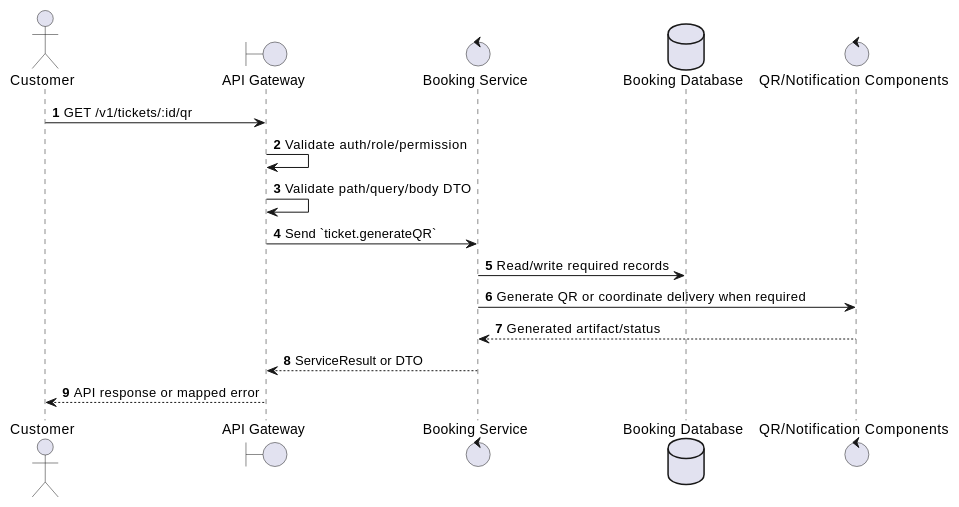
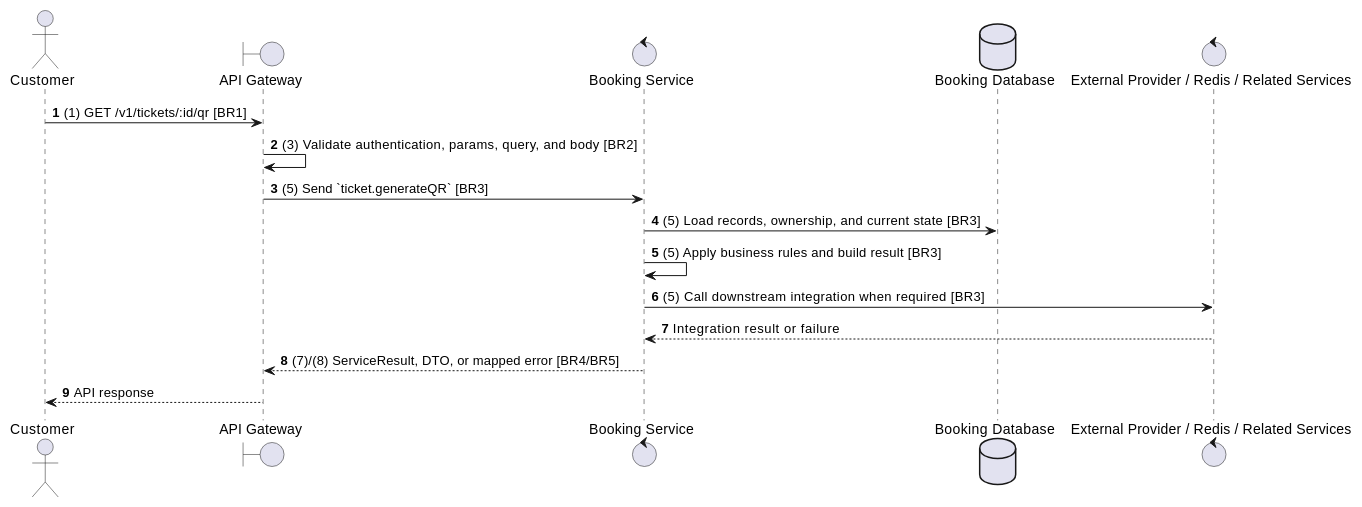
One commit to Tanh1603/movie-hub-architecture changed the second of 2 diagrams in docs/functional_specs/3.7_Ticket_Management_Module/TK-05_Generate_QR_Code.md. Above: the diagram before and after it, drawn with PlantUML. The commit also changed other lines of this file and 129 other files, not shown here.

````diff
--- a/docs/functional_specs/3.7_Ticket_Management_Module/TK-05_Generate_QR_Code.md
+++ b/docs/functional_specs/3.7_Ticket_Management_Module/TK-05_Generate_QR_Code.md
@@ -17,20 +64,20 @@
 ```plantuml
 @startuml
 autonumber
 actor "Customer" as Actor
 boundary "API Gateway" as GW
 control "Booking Service" as SVC
 database "Booking Database" as DB
-control "QR/Notification Components" as EXT
+control "External Provider / Redis / Related Services" as EXT
 
-Actor -> GW: GET /v1/tickets/:id/qr
-GW -> GW: Validate auth/role/permission
-GW -> GW: Validate path/query/body DTO
-GW -> SVC: Send `ticket.generateQR`
-SVC -> DB: Read/write required records
-SVC -> EXT: Generate QR or coordinate delivery when required
-EXT --> SVC: Generated artifact/status
-SVC --> GW: ServiceResult or DTO
-GW --> Actor: API response or mapped error
+Actor -> GW: (1) GET /v1/tickets/:id/qr [BR1]
+GW -> GW: (3) Validate authentication, params, query, and body [BR2]
+GW -> SVC: (5) Send `ticket.generateQR` [BR3]
+SVC -> DB: (5) Load records, ownership, and current state [BR3]
+SVC -> SVC: (5) Apply business rules and build result [BR3]
+SVC -> EXT: (5) Call downstream integration when required [BR3]
+EXT --> SVC: Integration result or failure
+SVC --> GW: (7)/(8) ServiceResult, DTO, or mapped error [BR4/BR5]
+GW --> Actor: API response
 @enduml
 ```
````
